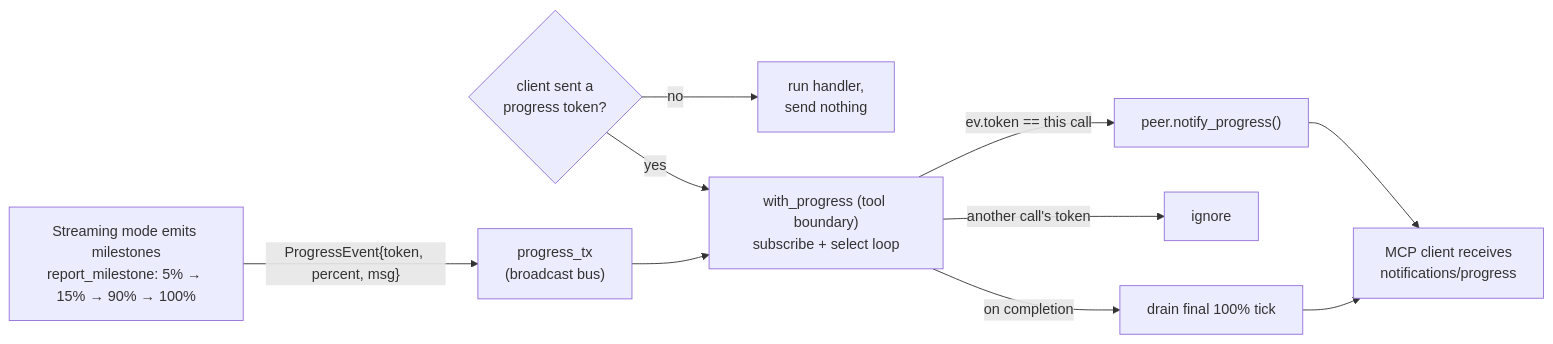
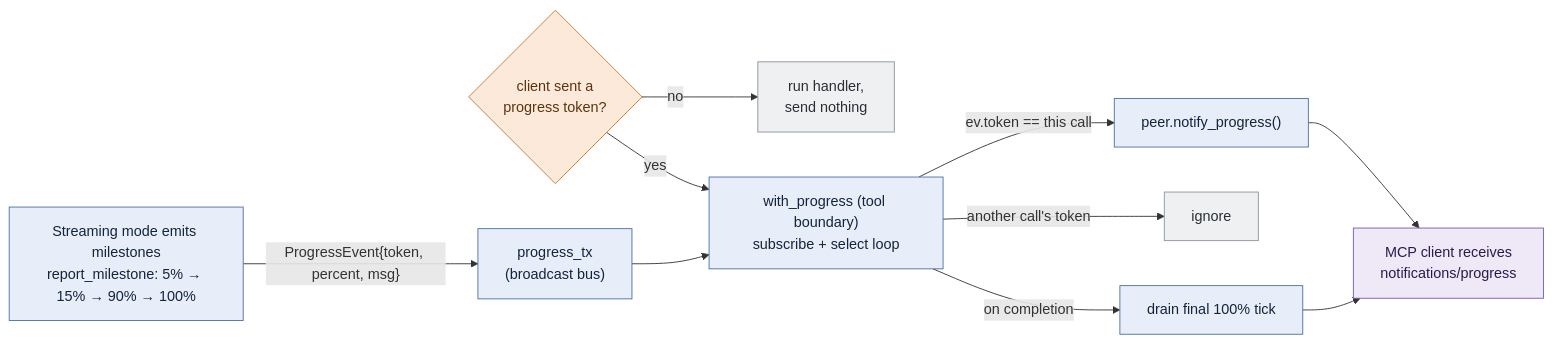
One commit to quanticsoul4772/mcp-reasoning changed the fourth of 8 diagrams in docs/reference/END_TO_END_FLOW.md. Above: the diagram before and after it, drawn with Mermaid. The commit also changed other lines of this file, not shown here.

First line of the commit message:
docs(flow): role-based color coding across the flowcharts (#181)

````diff
--- a/docs/reference/END_TO_END_FLOW.md
+++ b/docs/reference/END_TO_END_FLOW.md
@@ -141,16 +152,21 @@
 ```mermaid
 flowchart LR
-    RM["Streaming mode emits milestones<br/>report_milestone: 5% → 15% → 90% → 100%"]
-    RM -->|"ProgressEvent{token, percent, msg}"| TX["progress_tx<br/>(broadcast bus)"]
+    RM["Streaming mode emits milestones<br/>report_milestone: 5% → 15% → 90% → 100%"]:::proc
+    RM -->|"ProgressEvent{token, percent, msg}"| TX["progress_tx<br/>(broadcast bus)"]:::proc
 
-    Meta{"client sent a<br/>progress token?"}
-    Meta -->|"no"| Passthrough["run handler,<br/>send nothing"]
-    Meta -->|"yes"| WP["with_progress (tool boundary)<br/>subscribe + select loop"]
+    Meta{"client sent a<br/>progress token?"}:::decision
+    Meta -->|"no"| Passthrough["run handler,<br/>send nothing"]:::term
+    Meta -->|"yes"| WP["with_progress (tool boundary)<br/>subscribe + select loop"]:::proc
     TX --> WP
 
-    WP -->|"ev.token == this call"| Notify["peer.notify_progress()"]
-    WP -->|"another call's token"| Ignore["ignore"]
-    WP -->|"on completion"| Drain["drain final 100% tick"]
-    Notify --> Client["MCP client receives<br/>notifications/progress"]
+    WP -->|"ev.token == this call"| Notify["peer.notify_progress()"]:::proc
+    WP -->|"another call's token"| Ignore["ignore"]:::term
+    WP -->|"on completion"| Drain["drain final 100% tick"]:::proc
+    Notify --> Client["MCP client receives<br/>notifications/progress"]:::client
     Drain --> Client
+
+    classDef proc fill:#e8eef9,stroke:#4a6fa5,color:#13243b
+    classDef decision fill:#fde9d9,stroke:#c47a2a,color:#5a3410
+    classDef term fill:#eef0f2,stroke:#8a93a0,color:#2a2f36
+    classDef client fill:#efe9f7,stroke:#7a5aa5,color:#2c1a4a
 ```
````
